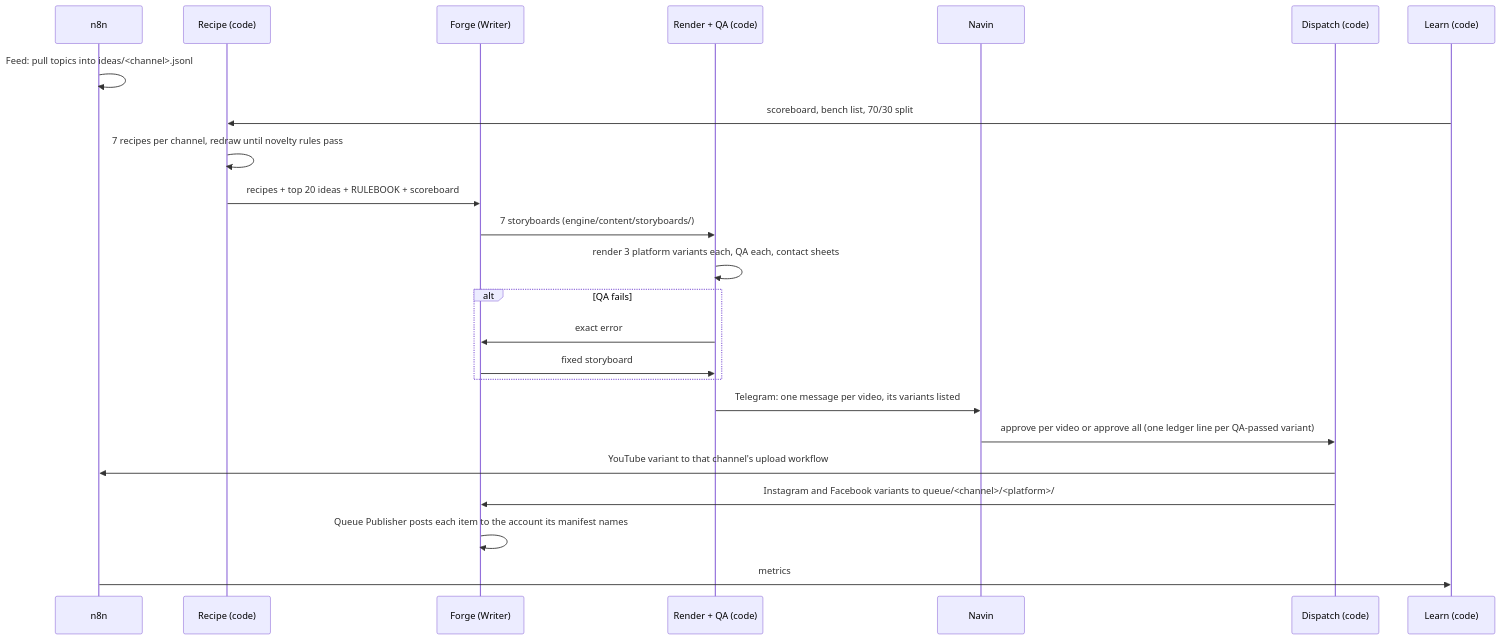
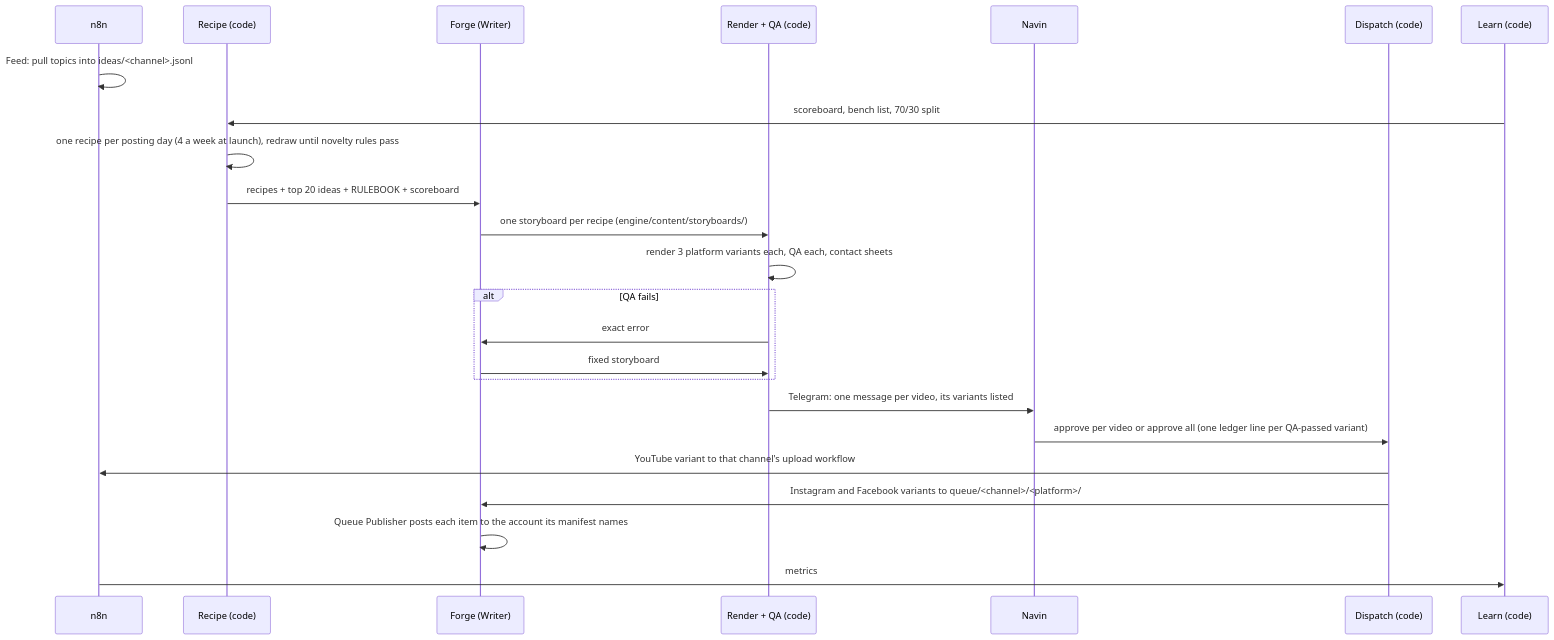
The diagram in docs/WORKFLOW.md (navin-labs/agent-studio), drawn with Mermaid before and after one commit. The commit also changed 43 other files, not shown here.

Commit message:
feat: launch cadence (4 a week, every other day), launch video recipe, frequency-free CTAs; refreshed proof

````diff
--- a/docs/WORKFLOW.md
+++ b/docs/WORKFLOW.md
@@ -6,26 +6,26 @@
 ```mermaid
 sequenceDiagram
   participant N8N as n8n
   participant REC as Recipe (code)
   participant FG as Forge (Writer)
   participant RE as Render + QA (code)
   participant NV as Navin
   participant DS as Dispatch (code)
   participant LN as Learn (code)
   N8N->>N8N: Feed: pull topics into ideas/<channel>.jsonl
   LN->>REC: scoreboard, bench list, 70/30 split
-  REC->>REC: 7 recipes per channel, redraw until novelty rules pass
+  REC->>REC: one recipe per posting day (4 a week at launch), redraw until novelty rules pass
   REC->>FG: recipes + top 20 ideas + RULEBOOK + scoreboard
-  FG->>RE: 7 storyboards (engine/content/storyboards/)
+  FG->>RE: one storyboard per recipe (engine/content/storyboards/)
   RE->>RE: render 3 platform variants each, QA each, contact sheets
   alt QA fails
     RE->>FG: exact error
     FG->>RE: fixed storyboard
   end
   RE->>NV: Telegram: one message per video, its variants listed
   NV->>DS: approve per video or approve all (one ledger line per QA-passed variant)
   DS->>N8N: YouTube variant to that channel's upload workflow
   DS->>FG: Instagram and Facebook variants to queue/<channel>/<platform>/
   FG->>FG: Queue Publisher posts each item to the account its manifest names
   N8N->>LN: metrics
 ```
````
